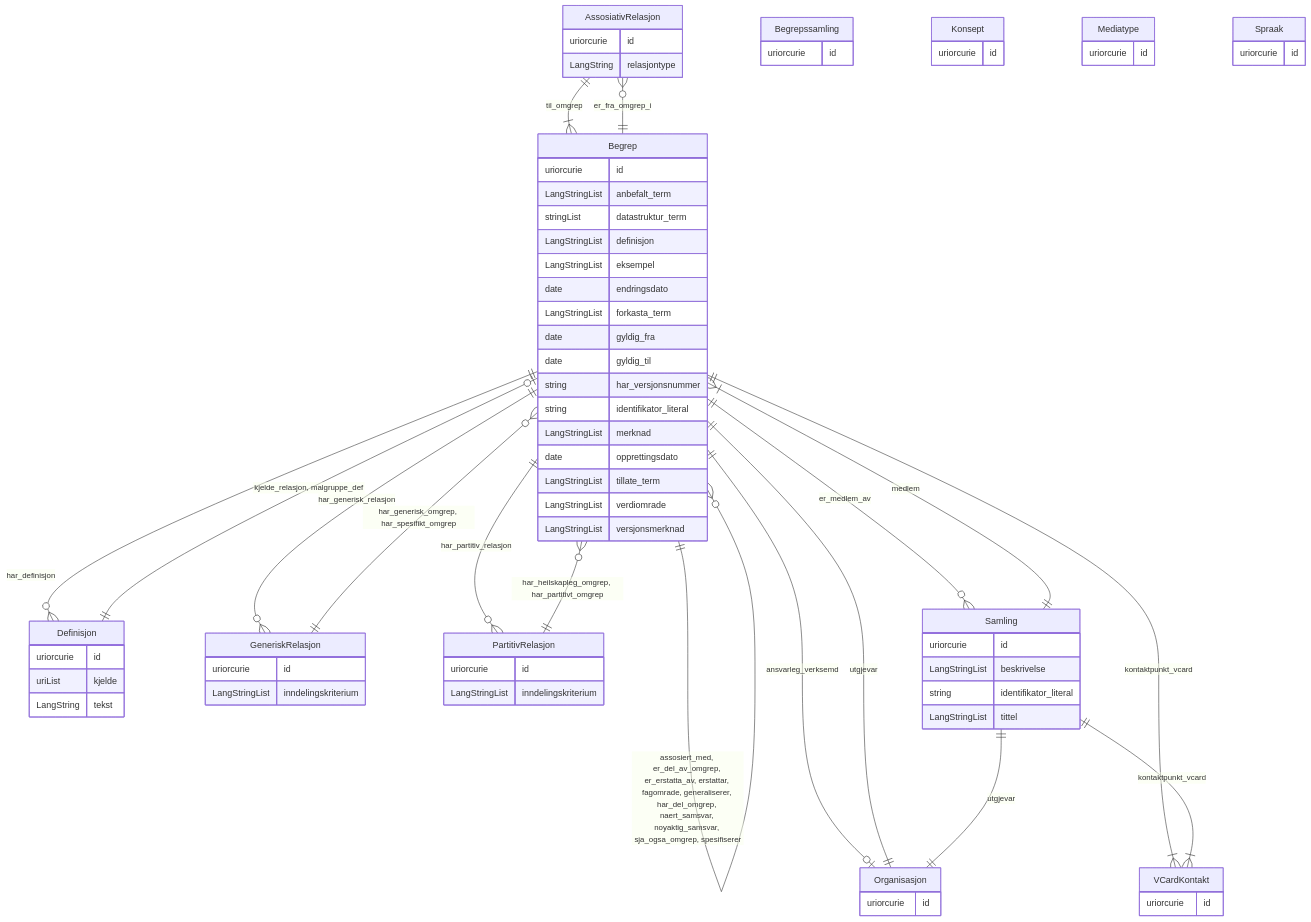
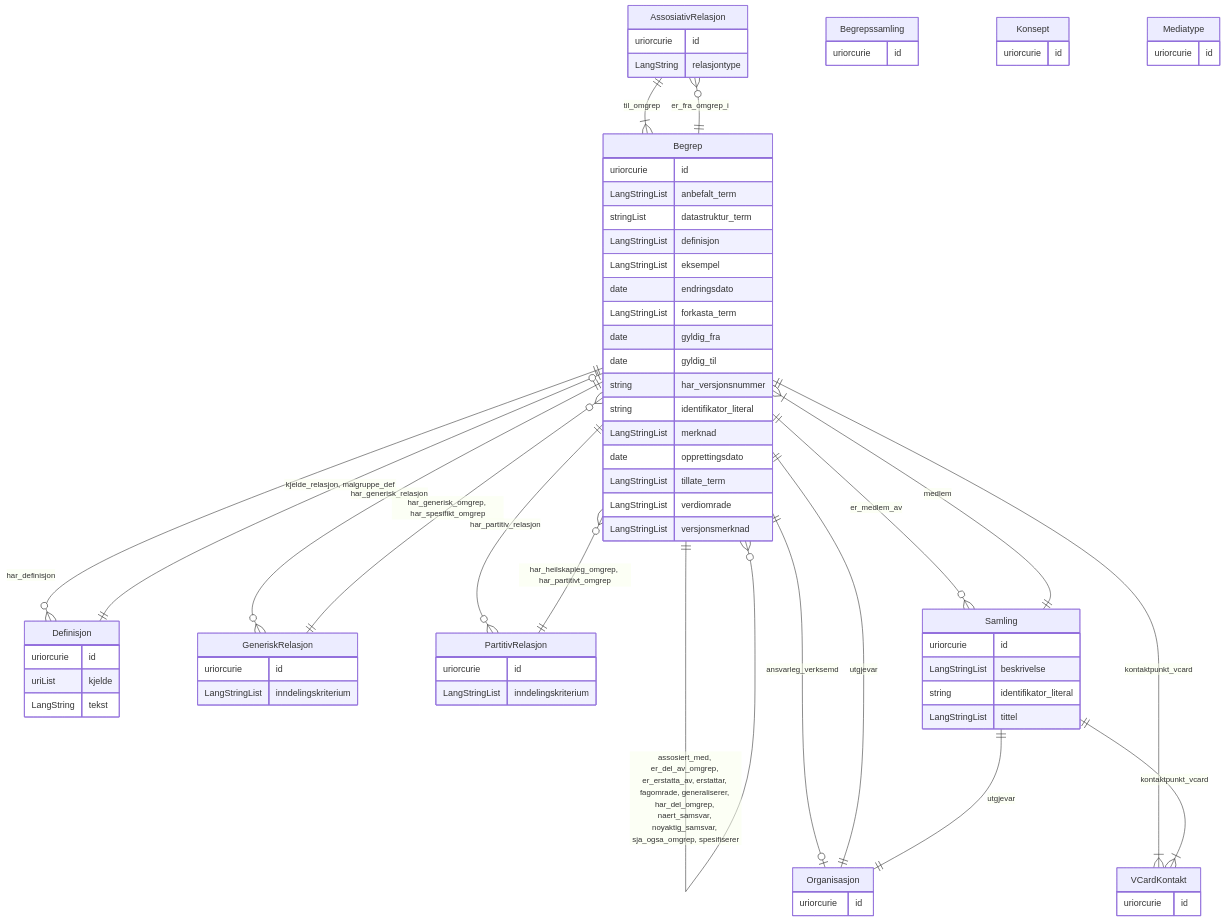
The diagram in mkdocs/docs/ap-no/skos-ap-no/index.md (brreg/linkml-w3c-no-profiles), drawn with Mermaid before and after one commit. The commit also changed other lines of this file and 541 other files, not shown here.

````diff
--- a/mkdocs/docs/ap-no/skos-ap-no/index.md
+++ b/mkdocs/docs/ap-no/skos-ap-no/index.md
@@ -3,81 +3,78 @@
 ```mermaid
 erDiagram
 AssosiativRelasjon {
     uriorcurie id  
     LangString relasjontype  
 }
 Begrep {
     uriorcurie id  
     LangStringList anbefalt_term  
     stringList datastruktur_term  
     LangStringList definisjon  
     LangStringList eksempel  
     date endringsdato  
     LangStringList forkasta_term  
     date gyldig_fra  
     date gyldig_til  
     string har_versjonsnummer  
     string identifikator_literal  
     LangStringList merknad  
     date opprettingsdato  
     LangStringList tillate_term  
     LangStringList verdiomrade  
     LangStringList versjonsmerknad  
 }
 Begrepssamling {
     uriorcurie id  
 }
 Definisjon {
     uriorcurie id  
     uriList kjelde  
     LangString tekst  
 }
 GeneriskRelasjon {
     uriorcurie id  
     LangStringList inndelingskriterium  
 }
 Konsept {
     uriorcurie id  
 }
 Mediatype {
     uriorcurie id  
 }
 Organisasjon {
     uriorcurie id  
 }
 PartitivRelasjon {
     uriorcurie id  
     LangStringList inndelingskriterium  
 }
 Samling {
     uriorcurie id  
     LangStringList beskrivelse  
     string identifikator_literal  
     LangStringList tittel  
 }
-Spraak {
-    uriorcurie id  
-}
 VCardKontakt {
     uriorcurie id  
 }
 
 AssosiativRelasjon ||--}| Begrep : "til_omgrep"
 Begrep ||--|o Begrep : "euvoc_status"
 Begrep ||--|o Organisasjon : "ansvarleg_verksemd"
 Begrep ||--|| Organisasjon : "utgjevar"
 Begrep ||--}o AssosiativRelasjon : "er_fra_omgrep_i"
 Begrep ||--}o Begrep : "assosiert_med, er_del_av_omgrep, er_erstatta_av, erstattar, fagomrade, generaliserer, har_del_omgrep, naert_samsvar, noyaktig_samsvar, sja_ogsa_omgrep, spesifiserer"
 Begrep ||--}o Definisjon : "har_definisjon"
 Begrep ||--}o GeneriskRelasjon : "har_generisk_relasjon"
 Begrep ||--}o PartitivRelasjon : "har_partitiv_relasjon"
 Begrep ||--}o Samling : "er_medlem_av"
 Begrep ||--}| VCardKontakt : "kontaktpunkt_vcard"
 Definisjon ||--|o Begrep : "kjelde_relasjon, malgruppe_def"
 GeneriskRelasjon ||--}o Begrep : "har_generisk_omgrep, har_spesifikt_omgrep"
 PartitivRelasjon ||--}o Begrep : "har_heilskapleg_omgrep, har_partitivt_omgrep"
 Samling ||--|| Organisasjon : "utgjevar"
 Samling ||--}| Begrep : "medlem"
 Samling ||--}| VCardKontakt : "kontaktpunkt_vcard"
 
 ```
````
